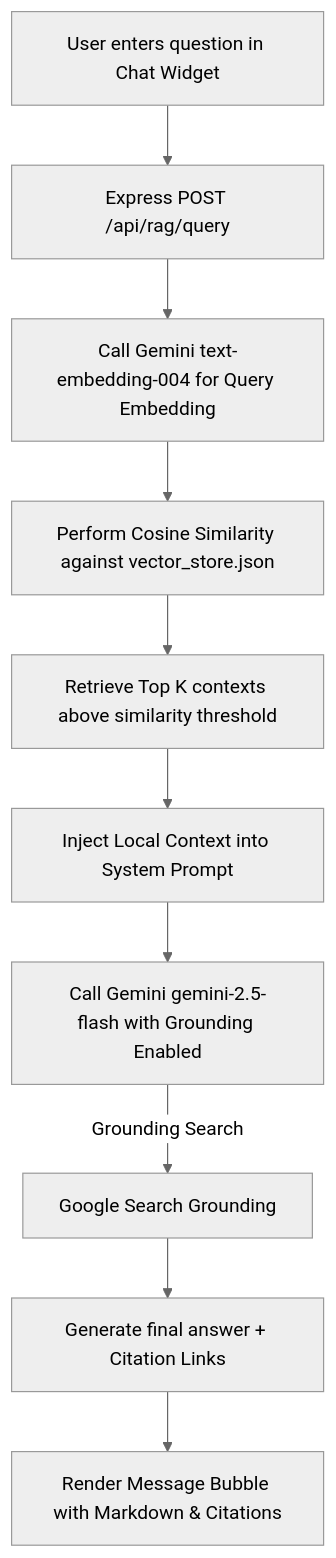
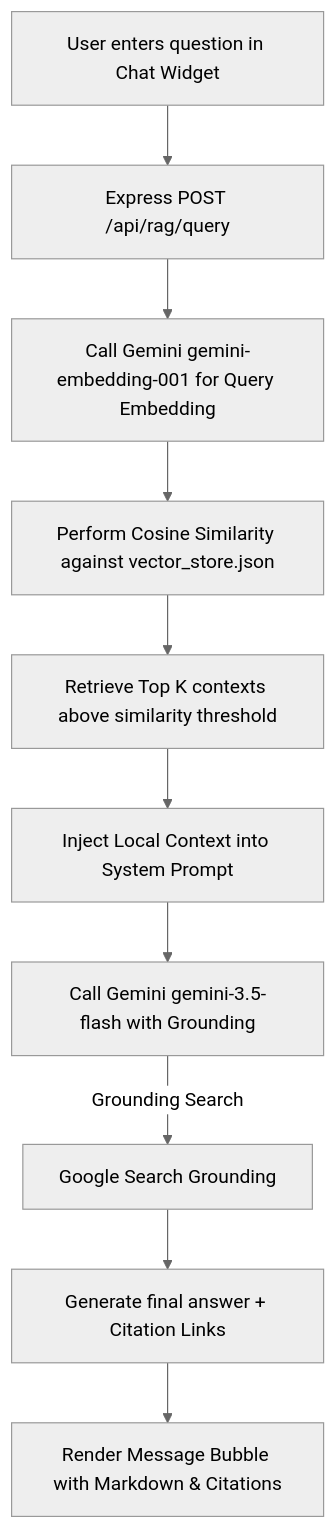
Before and after one commit to s-a-d-a-t/barca-pulse: the second of 2 diagrams in RAG_DOCUMENTATION.md, drawn with Mermaid (neutral theme). The commit also changed other lines of this file, not shown here.

Commit message:
docs: update RAG documentation with gemini-embedding-001, gemini-3.5-flash models, and search grounding configuration

````diff
--- a/RAG_DOCUMENTATION.md
+++ b/RAG_DOCUMENTATION.md
@@ -30,12 +30,12 @@
 ```mermaid
 graph TD
     User[User enters question in Chat Widget] --> Route[Express POST /api/rag/query]
-    Route --> EmbedQuery[Call Gemini text-embedding-004 for Query Embedding]
+    Route --> EmbedQuery[Call Gemini gemini-embedding-001 for Query Embedding]
     EmbedQuery --> VectorSearch[Perform Cosine Similarity against vector_store.json]
     VectorSearch --> Retrieve[Retrieve Top K contexts above similarity threshold]
     Retrieve --> PromptBuilder[Inject Local Context into System Prompt]
-    PromptBuilder --> GeminiChat[Call Gemini gemini-2.5-flash with Grounding Enabled]
+    PromptBuilder --> GeminiChat[Call Gemini gemini-3.5-flash with Grounding]
     GeminiChat -->|Grounding Search| GoogleSearch[Google Search Grounding]
     GoogleSearch --> Generate[Generate final answer + Citation Links]
     Generate --> Client[Render Message Bubble with Markdown & Citations]
 ```
````
